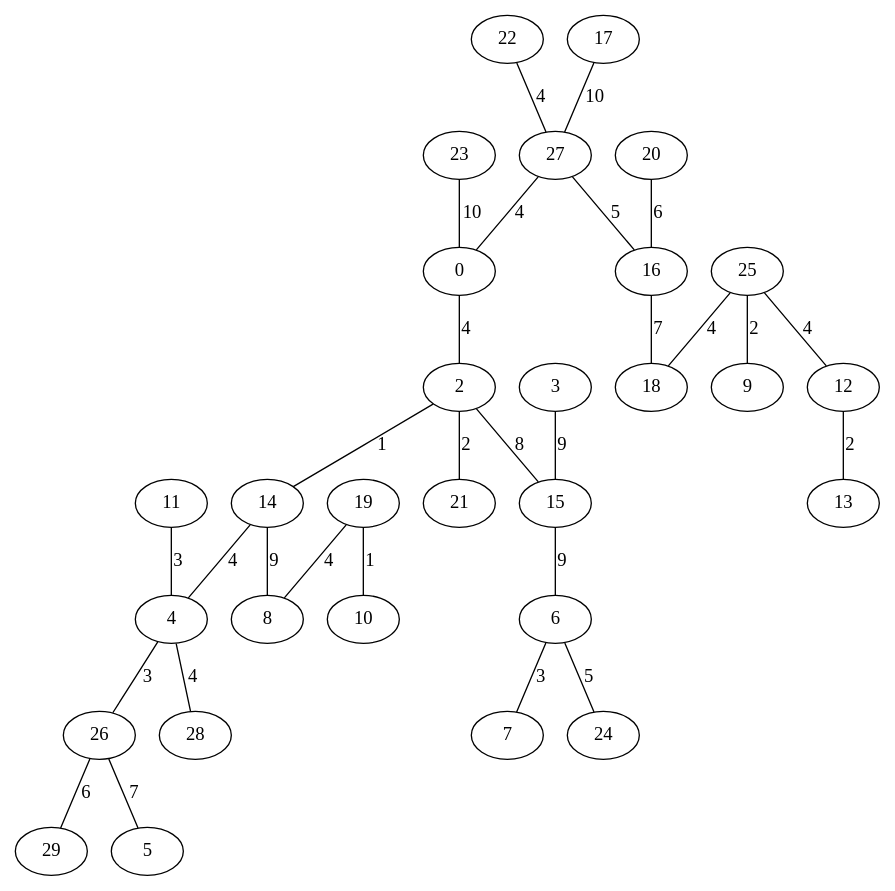
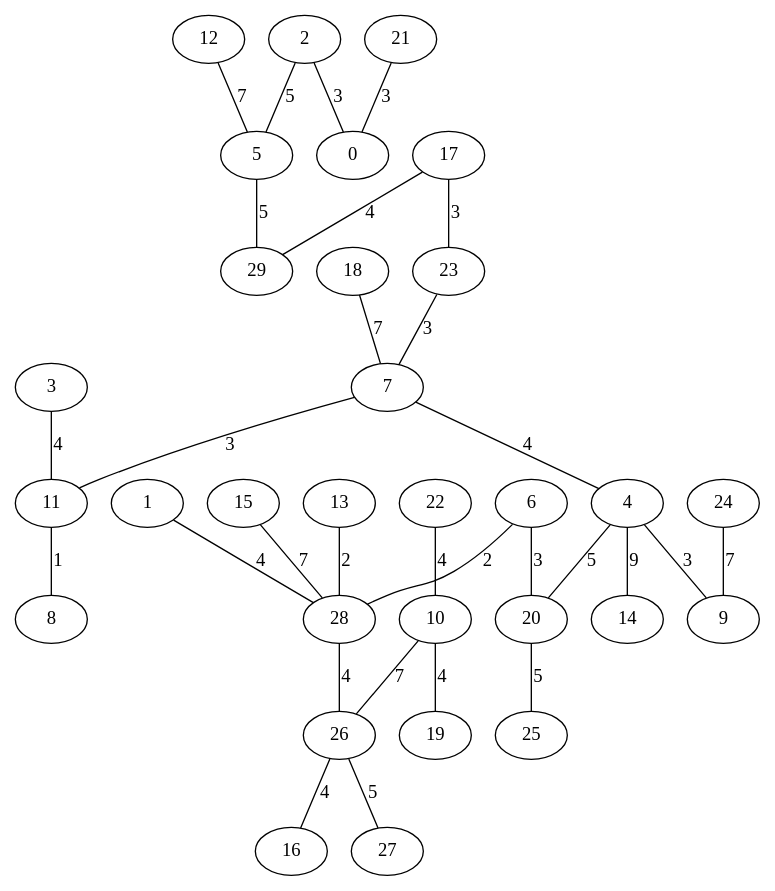
One commit to OmarAlejandroLinares/ProyectoDAA changed the diagram in gv/Erdos_Rengy_30_KuskalD.gv. Above: the diagram before and after it, drawn with Graphviz. The commit also changed 72 other files, not shown here.

```diff
--- a/gv/Erdos_Rengy_30_KuskalD.gv
+++ b/gv/Erdos_Rengy_30_KuskalD.gv
@@ -1,59 +1,61 @@
 graph {
-	2 [label=2]
-	14 [label=14]
-	19 [label=19]
-	10 [label=10]
-	12 [label=12]
+	11 [label=11]
+	8 [label=8]
 	13 [label=13]
-	25 [label=25]
-	9 [label=9]
-	21 [label=21]
-	11 [label=11]
-	4 [label=4]
+	28 [label=28]
 	6 [label=6]
-	7 [label=7]
-	26 [label=26]
-	22 [label=22]
-	27 [label=27]
-	28 [label=28]
-	0 [label=0]
-	8 [label=8]
-	18 [label=18]
-	16 [label=16]
-	24 [label=24]
-	29 [label=29]
-	20 [label=20]
-	5 [label=5]
-	15 [label=15]
-	3 [label=3]
 	17 [label=17]
 	23 [label=23]
-	2 -- 14 [label=1]
-	19 -- 10 [label=1]
-	12 -- 13 [label=2]
-	25 -- 9 [label=2]
-	2 -- 21 [label=2]
-	11 -- 4 [label=3]
-	6 -- 7 [label=3]
-	4 -- 26 [label=3]
-	22 -- 27 [label=4]
-	25 -- 12 [label=4]
-	14 -- 4 [label=4]
-	4 -- 28 [label=4]
-	27 -- 0 [label=4]
-	0 -- 2 [label=4]
-	19 -- 8 [label=4]
-	25 -- 18 [label=4]
-	27 -- 16 [label=5]
-	6 -- 24 [label=5]
-	26 -- 29 [label=6]
-	20 -- 16 [label=6]
-	26 -- 5 [label=7]
-	16 -- 18 [label=7]
-	2 -- 15 [label=8]
-	14 -- 8 [label=9]
-	3 -- 15 [label=9]
-	15 -- 6 [label=9]
-	17 -- 27 [label=10]
-	23 -- 0 [label=10]
+	21 [label=21]
+	0 [label=0]
+	7 [label=7]
+	20 [label=20]
+	2 [label=2]
+	4 [label=4]
+	9 [label=9]
+	26 [label=26]
+	16 [label=16]
+	3 [label=3]
+	29 [label=29]
+	22 [label=22]
+	10 [label=10]
+	19 [label=19]
+	1 [label=1]
+	5 [label=5]
+	27 [label=27]
+	25 [label=25]
+	24 [label=24]
+	12 [label=12]
+	15 [label=15]
+	18 [label=18]
+	14 [label=14]
+	11 -- 8 [label=1]
+	13 -- 28 [label=2]
+	6 -- 28 [label=2]
+	17 -- 23 [label=3]
+	21 -- 0 [label=3]
+	7 -- 11 [label=3]
+	6 -- 20 [label=3]
+	2 -- 0 [label=3]
+	4 -- 9 [label=3]
+	23 -- 7 [label=3]
+	26 -- 16 [label=4]
+	3 -- 11 [label=4]
+	17 -- 29 [label=4]
+	22 -- 10 [label=4]
+	7 -- 4 [label=4]
+	10 -- 19 [label=4]
+	28 -- 26 [label=4]
+	1 -- 28 [label=4]
+	5 -- 29 [label=5]
+	2 -- 5 [label=5]
+	26 -- 27 [label=5]
+	4 -- 20 [label=5]
+	20 -- 25 [label=5]
+	24 -- 9 [label=7]
+	12 -- 5 [label=7]
+	10 -- 26 [label=7]
+	15 -- 28 [label=7]
+	18 -- 7 [label=7]
+	4 -- 14 [label=9]
 }
```
